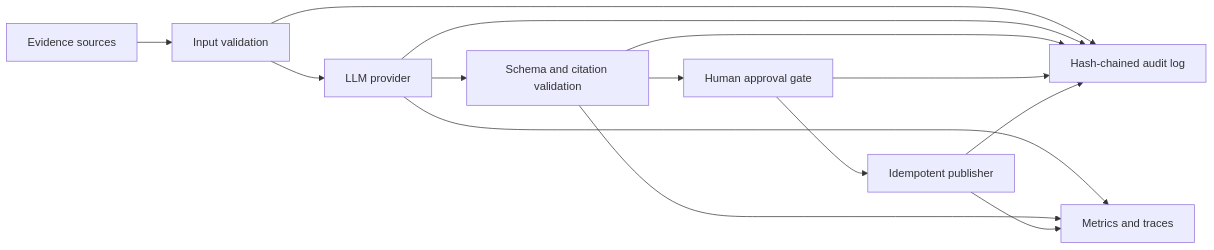
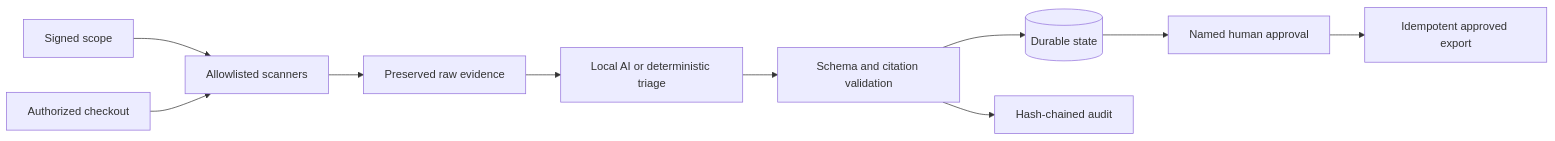
One commit to hogeheer499-commits/evidenceflow-ai changed the diagram in README.md. Above: the diagram before and after it, drawn with Mermaid. The commit also changed other lines of this file and 45 other files, not shown here.

````diff
--- a/README.md
+++ b/README.md
@@ -30,16 +44,12 @@
 ```mermaid
 flowchart LR
-    A[Evidence sources] --> B[Input validation]
-    B --> C[LLM provider]
-    C --> D[Schema and citation validation]
-    D --> E[Human approval gate]
-    E --> F[Idempotent publisher]
-    B --> G[Hash-chained audit log]
-    C --> G
-    D --> G
-    E --> G
-    F --> G
-    C --> H[Metrics and traces]
-    D --> H
-    F --> H
+    S[Signed scope] --> O[Allowlisted scanners]
+    R[Authorized checkout] --> O
+    O --> E[Preserved raw evidence]
+    E --> L[Local AI or deterministic triage]
+    L --> V[Schema and citation validation]
+    V --> Q[(Durable state)]
+    V --> A[Hash-chained audit]
+    Q --> H[Named human approval]
+    H --> P[Idempotent approved export]
 ```
````
